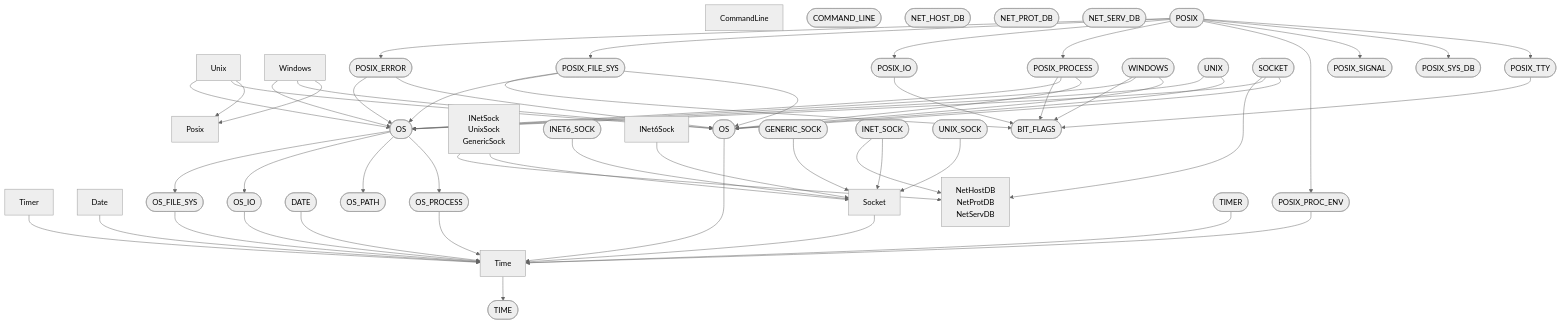
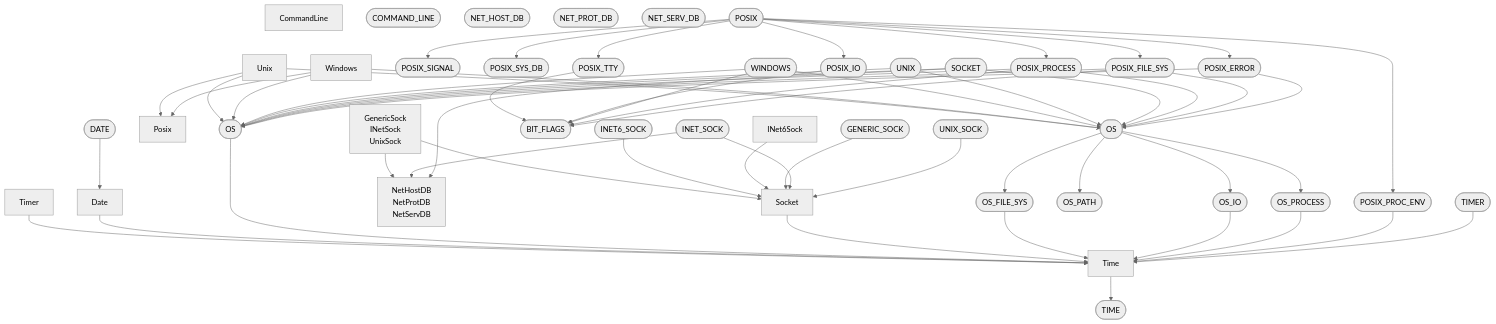
Before and after one commit to ruudkoot/rune: the seventh of 9 diagrams in docs/generated/basis/depends.md, drawn with Mermaid (neutral theme). The commit also changed other lines of this file and 76 other files, not shown here.

````diff
--- a/docs/generated/basis/depends.md
+++ b/docs/generated/basis/depends.md
@@ -283,99 +283,99 @@
 ```mermaid
 flowchart TD
-  n60(["TIME"])
-  n61["Time"]
-  n62["Timer"]
-  n63["Date"]
-  n64(["OS"])
-  n70["Posix"]
-  n76["Socket"]
-  n77["NetHostDB<br>NetProtDB<br>NetServDB"]
-  n78["INetSock<br>UnixSock<br>GenericSock"]
-  n79(["INET6_SOCK"])
-  n80["INet6Sock"]
-  n81["Unix"]
-  n82["Windows"]
-  n83["CommandLine"]
-  n100(["BIT_FLAGS"])
-  n104(["COMMAND_LINE"])
-  n105(["DATE"])
-  n107(["GENERIC_SOCK"])
-  n109(["INET_SOCK"])
-  n115(["NET_HOST_DB"])
-  n116(["NET_PROT_DB"])
-  n117(["NET_SERV_DB"])
-  n119(["OS_FILE_SYS"])
-  n120(["OS_IO"])
-  n121(["OS_PATH"])
-  n122(["OS_PROCESS"])
-  n125(["POSIX_PROC_ENV"])
-  n126(["POSIX_SIGNAL"])
-  n127(["POSIX_SYS_DB"])
-  n133(["TIMER"])
-  n134(["UNIX_SOCK"])
-  n137(["POSIX_TTY"])
-  n138(["POSIX_IO"])
-  n140(["OS"])
-  n143(["WINDOWS"])
-  n144(["UNIX"])
-  n145(["SOCKET"])
-  n146(["POSIX_PROCESS"])
-  n147(["POSIX_FILE_SYS"])
-  n148(["POSIX_ERROR"])
-  n149(["POSIX"])
-  n61 --> n60
+  n61(["TIME"])
+  n62["Time"]
+  n63["Timer"]
+  n64["Date"]
+  n65(["OS"])
+  n71["Posix"]
+  n77["Socket"]
+  n78["NetHostDB<br>NetProtDB<br>NetServDB"]
+  n79["GenericSock<br>INetSock<br>UnixSock"]
+  n80(["INET6_SOCK"])
+  n81["INet6Sock"]
+  n82["Unix"]
+  n83["Windows"]
+  n84["CommandLine"]
+  n91(["BIT_FLAGS"])
+  n95(["COMMAND_LINE"])
+  n96(["DATE"])
+  n98(["GENERIC_SOCK"])
+  n100(["INET_SOCK"])
+  n106(["NET_HOST_DB"])
+  n107(["NET_PROT_DB"])
+  n108(["NET_SERV_DB"])
+  n110(["OS_FILE_SYS"])
+  n111(["OS_IO"])
+  n112(["OS_PATH"])
+  n113(["OS_PROCESS"])
+  n116(["POSIX_PROC_ENV"])
+  n117(["POSIX_SIGNAL"])
+  n118(["POSIX_SYS_DB"])
+  n124(["TIMER"])
+  n125(["UNIX_SOCK"])
+  n128(["POSIX_TTY"])
+  n129(["POSIX_IO"])
+  n131(["OS"])
+  n134(["WINDOWS"])
+  n135(["UNIX"])
+  n136(["SOCKET"])
+  n137(["POSIX_PROCESS"])
+  n138(["POSIX_FILE_SYS"])
+  n139(["POSIX_ERROR"])
+  n140(["POSIX"])
   n62 --> n61
-  n63 --> n61
-  n64 --> n61
-  n76 --> n61
-  n78 --> n77
-  n78 --> n76
-  n79 --> n76
-  n80 --> n76
-  n81 --> n140
-  n81 --> n64
-  n81 --> n70
-  n82 --> n140
-  n82 --> n64
-  n82 --> n70
-  n105 --> n61
-  n107 --> n76
-  n109 --> n77
-  n109 --> n76
-  n119 --> n61
-  n120 --> n61
-  n122 --> n61
-  n125 --> n61
-  n133 --> n61
-  n134 --> n76
-  n137 --> n100
-  n138 --> n100
-  n140 --> n119
-  n140 --> n120
-  n140 --> n121
-  n140 --> n122
-  n143 --> n100
-  n143 --> n140
-  n143 --> n64
-  n144 --> n140
-  n144 --> n64
-  n145 --> n77
-  n145 --> n140
-  n145 --> n64
-  n146 --> n100
-  n146 --> n140
-  n146 --> n64
-  n147 --> n100
-  n147 --> n140
-  n147 --> n64
-  n148 --> n140
-  n148 --> n64
-  n149 --> n148
-  n149 --> n147
-  n149 --> n138
-  n149 --> n146
-  n149 --> n125
-  n149 --> n126
-  n149 --> n127
-  n149 --> n137
+  n63 --> n62
+  n64 --> n62
+  n65 --> n62
+  n77 --> n62
+  n79 --> n78
+  n79 --> n77
+  n80 --> n77
+  n81 --> n77
+  n82 --> n131
+  n82 --> n65
+  n82 --> n71
+  n83 --> n131
+  n83 --> n65
+  n83 --> n71
+  n96 --> n64
+  n98 --> n77
+  n100 --> n78
+  n100 --> n77
+  n110 --> n62
+  n111 --> n62
+  n113 --> n62
+  n116 --> n62
+  n124 --> n62
+  n125 --> n77
+  n128 --> n91
+  n129 --> n91
+  n131 --> n110
+  n131 --> n111
+  n131 --> n112
+  n131 --> n113
+  n134 --> n91
+  n134 --> n131
+  n134 --> n65
+  n135 --> n131
+  n135 --> n65
+  n136 --> n78
+  n136 --> n131
+  n136 --> n65
+  n137 --> n91
+  n137 --> n131
+  n137 --> n65
+  n138 --> n91
+  n138 --> n131
+  n138 --> n65
+  n139 --> n131
+  n139 --> n65
+  n140 --> n139
+  n140 --> n138
+  n140 --> n129
+  n140 --> n137
+  n140 --> n116
+  n140 --> n117
+  n140 --> n118
+  n140 --> n128
 ```
````
